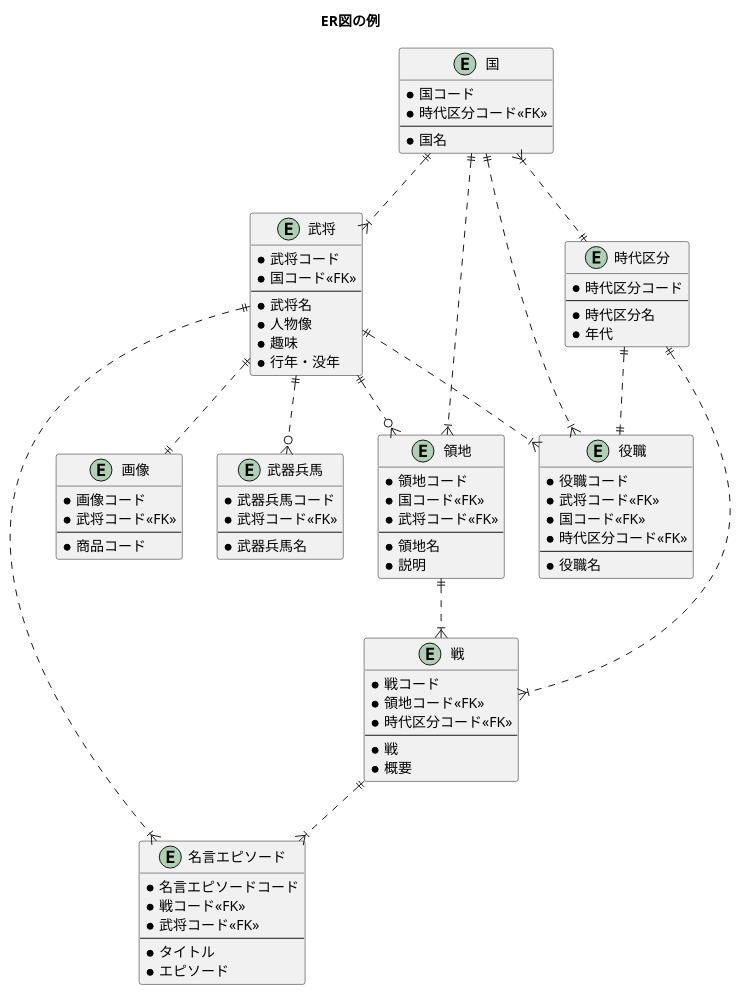
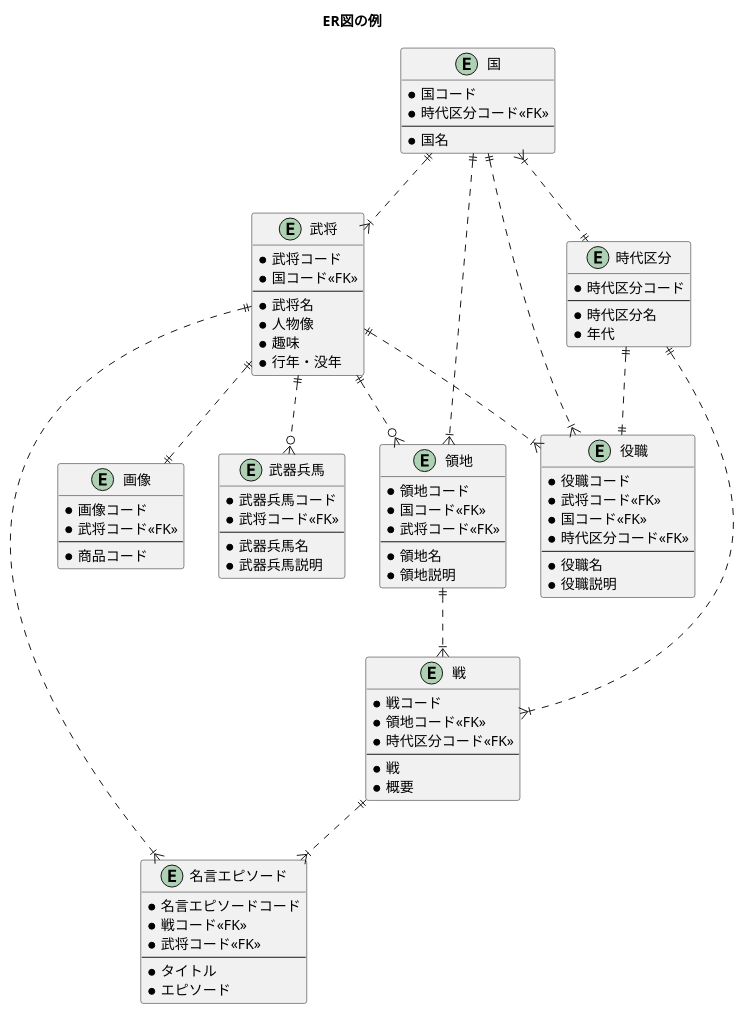
The second of 2 diagrams in 30_design/bd/bd_sangokushiApi/bd_sangokushiApi.md (pnskh112/sangokushi-api-document), drawn with PlantUML before and after one commit. The commit also changed 3 other files, not shown here.

```diff
--- a/30_design/bd/bd_sangokushiApi/bd_sangokushiApi.md
+++ b/30_design/bd/bd_sangokushiApi/bd_sangokushiApi.md
@@ -91,6 +91,7 @@
   * 時代区分コード<<FK>>
   --
   * 役職名
+  * 役職説明
 }
 
 entity 画像{
@@ -105,6 +106,7 @@
   * 武将コード<<FK>>
   --
   * 武器兵馬名
+  * 武器兵馬説明
 }
 
 entity 領地{
@@ -113,7 +115,7 @@
   * 武将コード<<FK>>
   --
   * 領地名
-  * 説明
+  * 領地説明
 }
 
 entity 戦{
```
